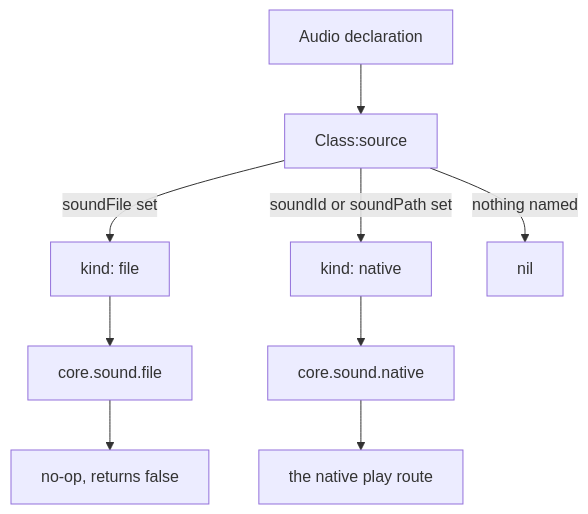
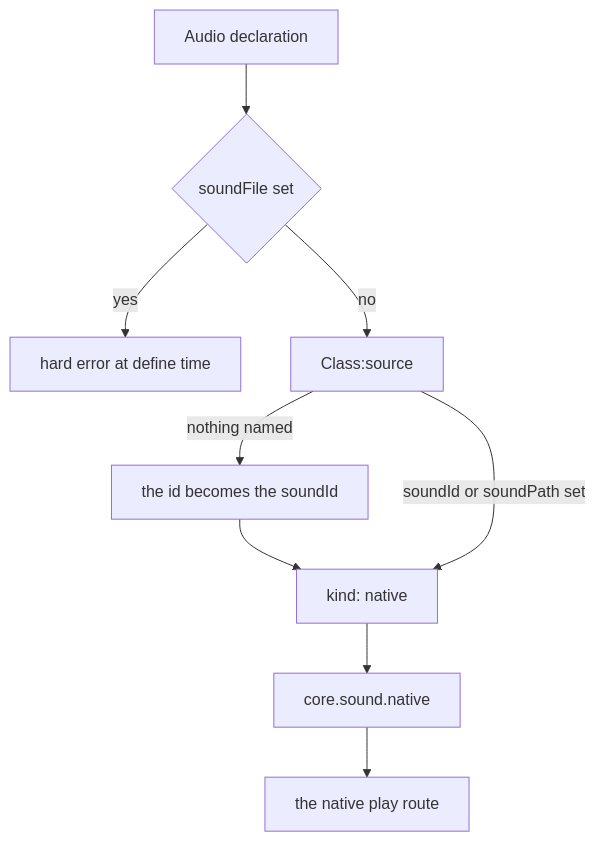
One commit to dr-mikan/PalForge changed the first of 3 diagrams in docs/content/docs/api/audio.ja.mdx. Above: the diagram before and after it, drawn with Mermaid. The commit also changed other lines of this file and 190 other files, not shown here.

````diff
--- a/docs/content/docs/api/audio.ja.mdx
+++ b/docs/content/docs/api/audio.ja.mdx
@@ -157,11 +158,11 @@
 ```mermaid
 flowchart TD
-  A["Audio declaration"] --> B["Class:source"]
-  B -->|soundFile set| C["kind: file"]
-  B -->|soundId or soundPath set| D["kind: native"]
-  B -->|nothing named| E["nil"]
-  C --> F["core.sound.file"]
-  D --> G["core.sound.native"]
-  F --> H["no-op, returns false"]
-  G --> I["the native play route"]
+  A["Audio declaration"] --> B{"soundFile set"}
+  B -->|yes| C["hard error at define time"]
+  B -->|no| D["Class:source"]
+  D -->|nothing named| E["the id becomes the soundId"]
+  E --> F["kind: native"]
+  D -->|soundId or soundPath set| F
+  F --> G["core.sound.native"]
+  G --> H["the native play route"]
 ```
````
